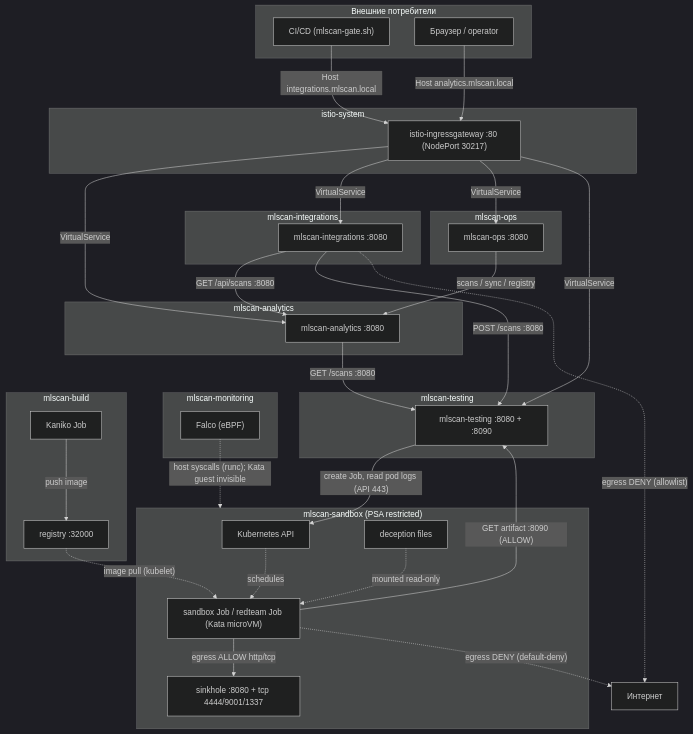
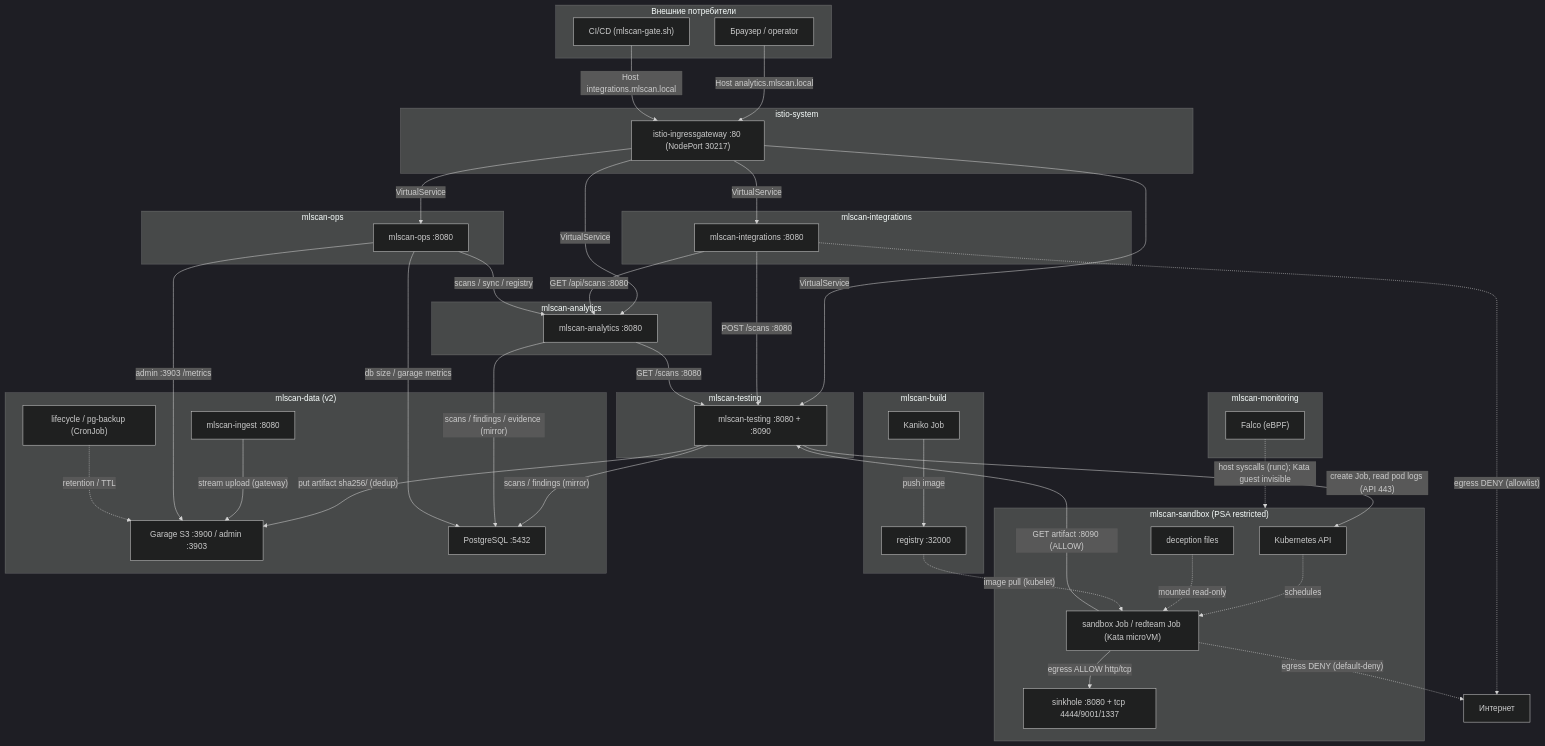
Before and after one commit to pol4/MLScan: the first of 2 diagrams in docs/07-implemented-architecture.md, drawn with Mermaid (dark theme). The commit also changed other lines of this file and 13 other files, not shown here.

````diff
--- a/docs/07-implemented-architecture.md
+++ b/docs/07-implemented-architecture.md
@@ -129,57 +167,70 @@
 ```mermaid
 flowchart TB
   subgraph EXT["Внешние потребители"]
     CI["CI/CD (mlscan-gate.sh)"]
     BR["Браузер / operator"]
   end
   subgraph IGW["istio-system"]
     GW["istio-ingressgateway :80 (NodePort 30217)"]
   end
   subgraph INT["mlscan-integrations"]
     INTG["mlscan-integrations :8080"]
   end
   subgraph ANA["mlscan-analytics"]
     ANAL["mlscan-analytics :8080"]
   end
   subgraph TST["mlscan-testing"]
     TEST["mlscan-testing :8080 + :8090"]
   end
   subgraph OPS["mlscan-ops"]
     OPSD["mlscan-ops :8080"]
   end
   subgraph SBX["mlscan-sandbox (PSA restricted)"]
     API["Kubernetes API"]
     JOB["sandbox Job / redteam Job (Kata microVM)"]
     SINK["sinkhole :8080 + tcp 4444/9001/1337"]
     DEC["deception files"]
   end
   subgraph MON["mlscan-monitoring"]
     FALCO["Falco (eBPF)"]
   end
   subgraph BLD["mlscan-build"]
     KAN["Kaniko Job"]
     REG["registry :32000"]
   end
+  subgraph DATA["mlscan-data (v2)"]
+    GAR["Garage S3 :3900 / admin :3903"]
+    PG["PostgreSQL :5432"]
+    ING["mlscan-ingest :8080"]
+    LIF["lifecycle / pg-backup (CronJob)"]
+  end
   NET["Интернет"]
 
   BR -->|"Host analytics.mlscan.local"| GW
   CI -->|"Host integrations.mlscan.local"| GW
   GW -->|"VirtualService"| ANAL
   GW -->|"VirtualService"| INTG
   GW -->|"VirtualService"| OPSD
   GW -->|"VirtualService"| TEST
   INTG -->|"GET /api/scans :8080"| ANAL
   INTG -->|"POST /scans :8080"| TEST
   ANAL -->|"GET /scans :8080"| TEST
   TEST -->|"create Job, read pod logs (API 443)"| API
   API -.->|"schedules"| JOB
   JOB -->|"GET artifact :8090 (ALLOW)"| TEST
   JOB -->|"egress ALLOW http/tcp"| SINK
   JOB -.->|"egress DENY (default-deny)"| NET
   OPSD -->|"scans / sync / registry"| ANAL
   INTG -.->|"egress DENY (allowlist)"| NET
   DEC -.->|"mounted read-only"| JOB
   FALCO -.->|"host syscalls (runc); Kata guest invisible"| SBX
   KAN -->|"push image"| REG
   REG -.->|"image pull (kubelet)"| JOB
+  TEST -->|"put artifact sha256/<name> (dedup)"| GAR
+  TEST -->|"scans / findings (mirror)"| PG
+  ANAL -->|"scans / findings / evidence (mirror)"| PG
+  ING -->|"stream upload (gateway)"| GAR
+  OPSD -->|"db size / garage metrics"| PG
+  OPSD -->|"admin :3903 /metrics"| GAR
+  LIF -.->|"retention / TTL"| GAR
 ```
````
